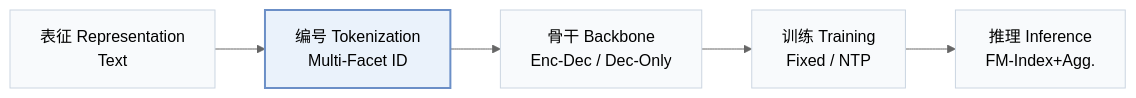
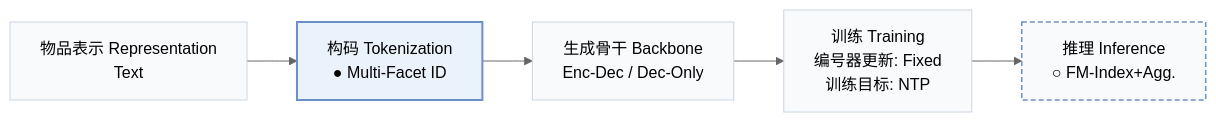
Before and after one commit to Galaxy-ghost/Awesome-SID-Generative-Rec: the first of 2 diagrams in pages/zh/papers/transrec.md, drawn with Mermaid (neutral theme). The commit also changed other lines of this file and 558 other files, not shown here.

````diff
--- a/pages/zh/papers/transrec.md
+++ b/pages/zh/papers/transrec.md
@@ -15,8 +18,10 @@
 ```mermaid
 flowchart LR
-    R["表征 Representation<br/>Text"] --> T["编号 Tokenization<br/>Multi-Facet ID"] --> B["骨干 Backbone<br/>Enc-Dec / Dec-Only"] --> TR["训练 Training<br/>Fixed / NTP"] --> I["推理 Inference<br/>FM-Index+Agg."]
+    R["物品表示 Representation<br/>Text"] --> T["构码 Tokenization<br/>● Multi-Facet ID"] --> B["生成骨干 Backbone<br/>Enc-Dec / Dec-Only"] --> TR["训练 Training<br/>编号器更新: Fixed<br/>训练目标: NTP"] --> I["推理 Inference<br/>○ FM-Index+Agg."]
     classDef base fill:#f8fafc,stroke:#cbd5e1
     class R,T,B,TR,I base
+    classDef other fill:#f8fafc,stroke:#6b8fc7,stroke-width:1.5px,stroke-dasharray:5 3
+    class I other
     classDef main fill:#eaf2fb,stroke:#6b8fc7,stroke-width:2px
     class T main
 ```
````
